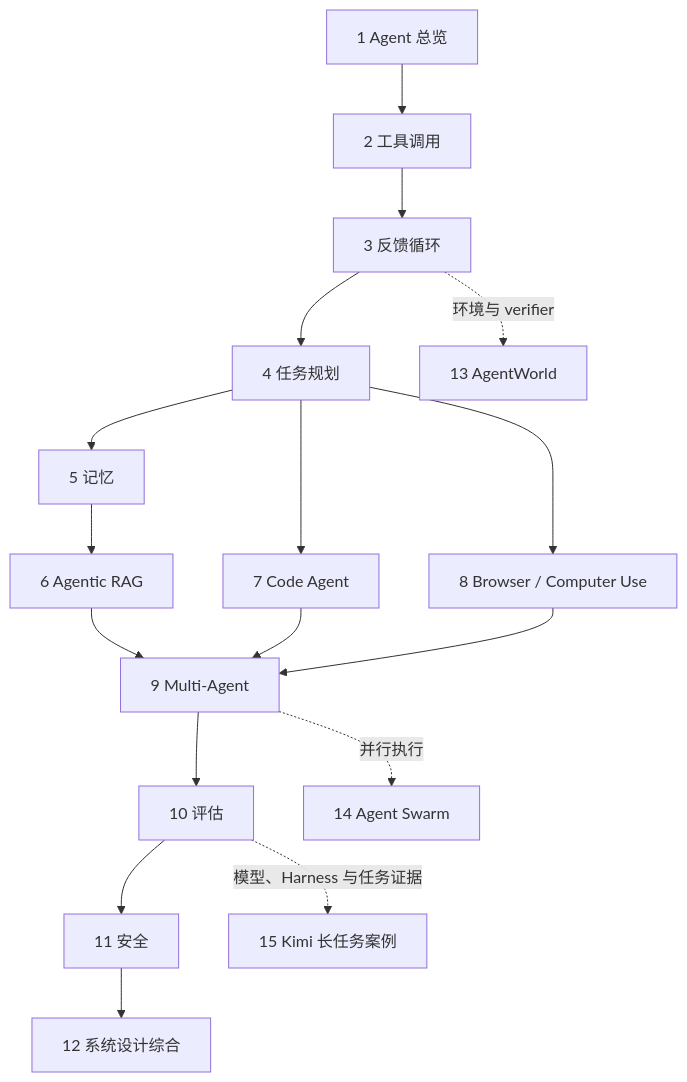
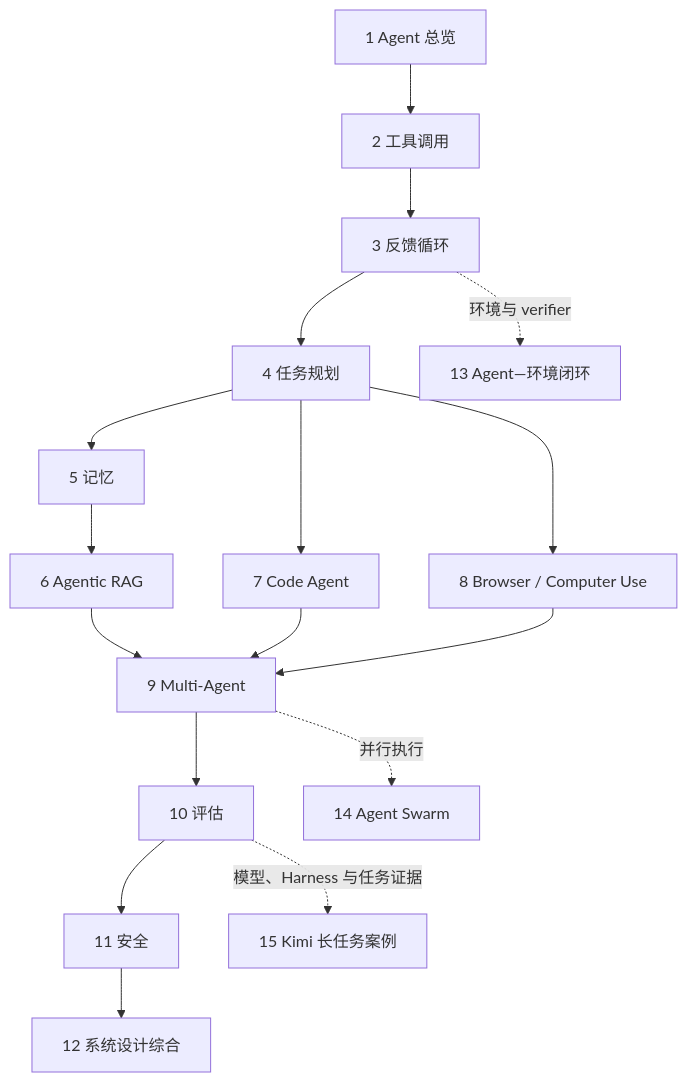
One commit to ChanChiChoi/llm-from-zero-to-interview changed the diagram in book-17-agent-tool-use/目录.md. Above: the diagram before and after it, drawn with Mermaid. The commit also changed other lines of this file and 132 other files, not shown here.

````diff
--- a/book-17-agent-tool-use/目录.md
+++ b/book-17-agent-tool-use/目录.md
@@ -7,19 +7,19 @@
 ```mermaid
 flowchart TD
     A["1 Agent 总览"] --> B["2 工具调用"]
     B --> C["3 反馈循环"]
     C --> D["4 任务规划"]
     D --> E["5 记忆"]
     E --> F["6 Agentic RAG"]
     D --> G["7 Code Agent"]
     D --> H["8 Browser / Computer Use"]
     F --> I["9 Multi-Agent"]
     G --> I
     H --> I
     I --> J["10 评估"]
     J --> K["11 安全"]
     K --> L["12 系统设计综合"]
-    C -.->|环境与 verifier| M["13 AgentWorld"]
+    C -.->|环境与 verifier| M["13 Agent—环境闭环"]
     I -.->|并行执行| N["14 Agent Swarm"]
     J -.->|模型、Harness 与任务证据| O["15 Kimi 长任务案例"]
 ```
````
